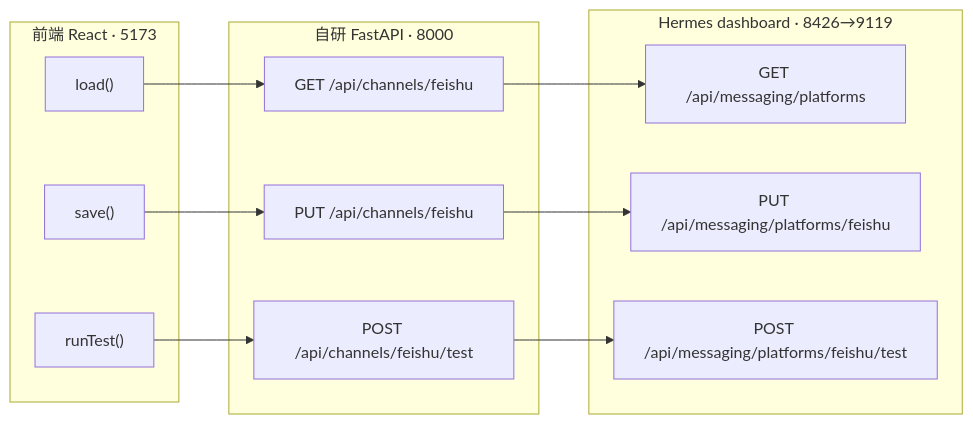
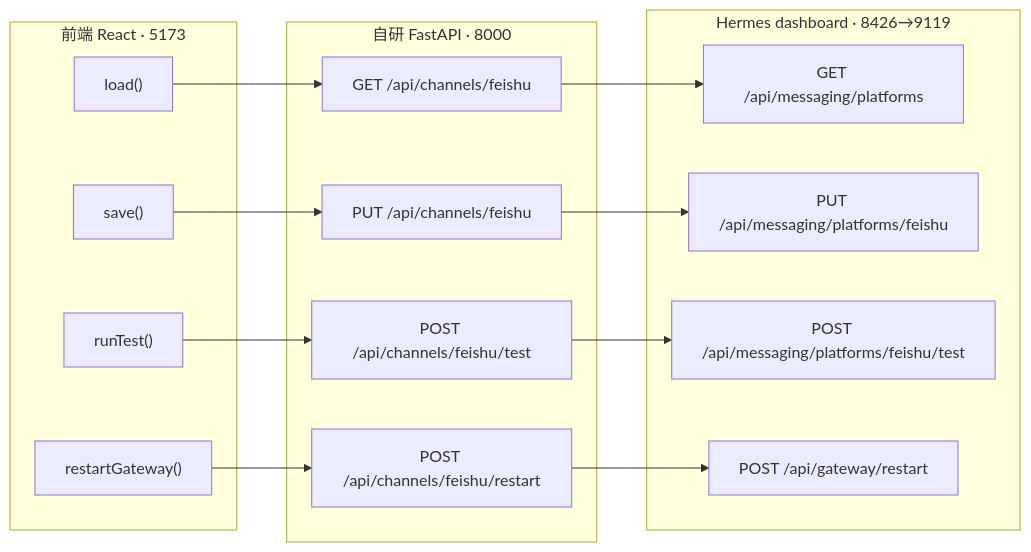
Before and after one commit to yeeqen00111/hermes-web-console: the first of 2 diagrams in feishu-channel-flow.md, drawn with Mermaid. The commit also changed other lines of this file, not shown here.

Commit message:
docs(channels): add restart hop to the feishu call-chain flowcharts

````diff
--- a/feishu-channel-flow.md
+++ b/feishu-channel-flow.md
@@ -9,21 +9,25 @@
 ```mermaid
 flowchart LR
     subgraph 前端 [前端 React · 5173]
         L1["load()"]
         S1["save()"]
         T1["runTest()"]
+        R1["restartGateway()"]
     end
     subgraph 后端 [自研 FastAPI · 8000]
         L2["GET /api/channels/feishu"]
         S2["PUT /api/channels/feishu"]
         T2["POST /api/channels/feishu/test"]
+        R2["POST /api/channels/feishu/restart"]
     end
     subgraph Hermes [Hermes dashboard · 8426→9119]
         L3["GET /api/messaging/platforms"]
         S3["PUT /api/messaging/platforms/feishu"]
         T3["POST /api/messaging/platforms/feishu/test"]
+        R3["POST /api/gateway/restart"]
     end
     L1 --> L2 --> L3
     S1 --> S2 --> S3
     T1 --> T2 --> T3
+    R1 --> R2 --> R3
 ```
````
